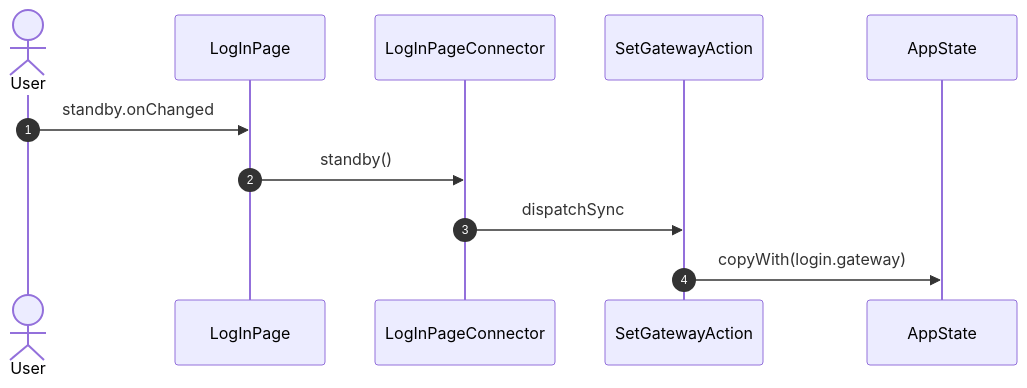
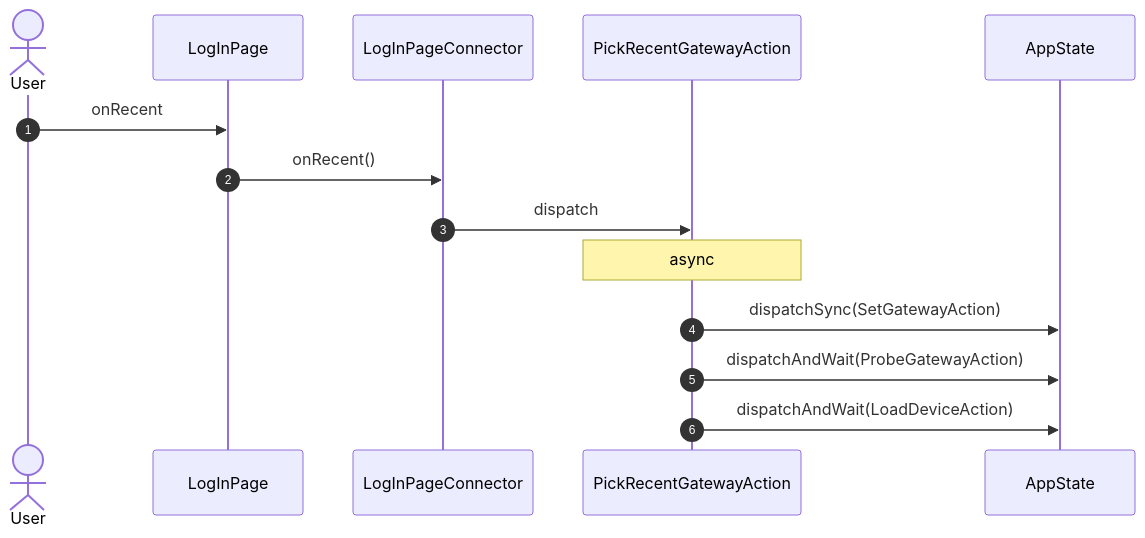
Before and after one commit to gencto/wyrm: the fourth of 19 diagrams in studio/docs/flows/logIn.md, drawn with Mermaid. The commit also changed other lines of this file and 90 other files, not shown here.

````diff
--- a/studio/docs/flows/logIn.md
+++ b/studio/docs/flows/logIn.md
@@ -26,14 +85,17 @@
 ```mermaid
 sequenceDiagram
     autonumber
     actor User
     participant UI as LogInPage
     participant VM as LogInPageConnector
-    participant A1 as SetGatewayAction
+    participant A1 as PickRecentGatewayAction
     participant ST as AppState
 
-    User->>UI: standby.onChanged
-    UI->>VM: standby()
-    VM->>A1: dispatchSync
-    A1->>ST: copyWith(login.gateway)
+    User->>UI: onRecent
+    UI->>VM: onRecent()
+    VM->>A1: dispatch
+    Note over A1: async
+    A1->>ST: dispatchSync(SetGatewayAction)
+    A1->>ST: dispatchAndWait(ProbeGatewayAction)
+    A1->>ST: dispatchAndWait(LoadDeviceAction)
 ```
````
